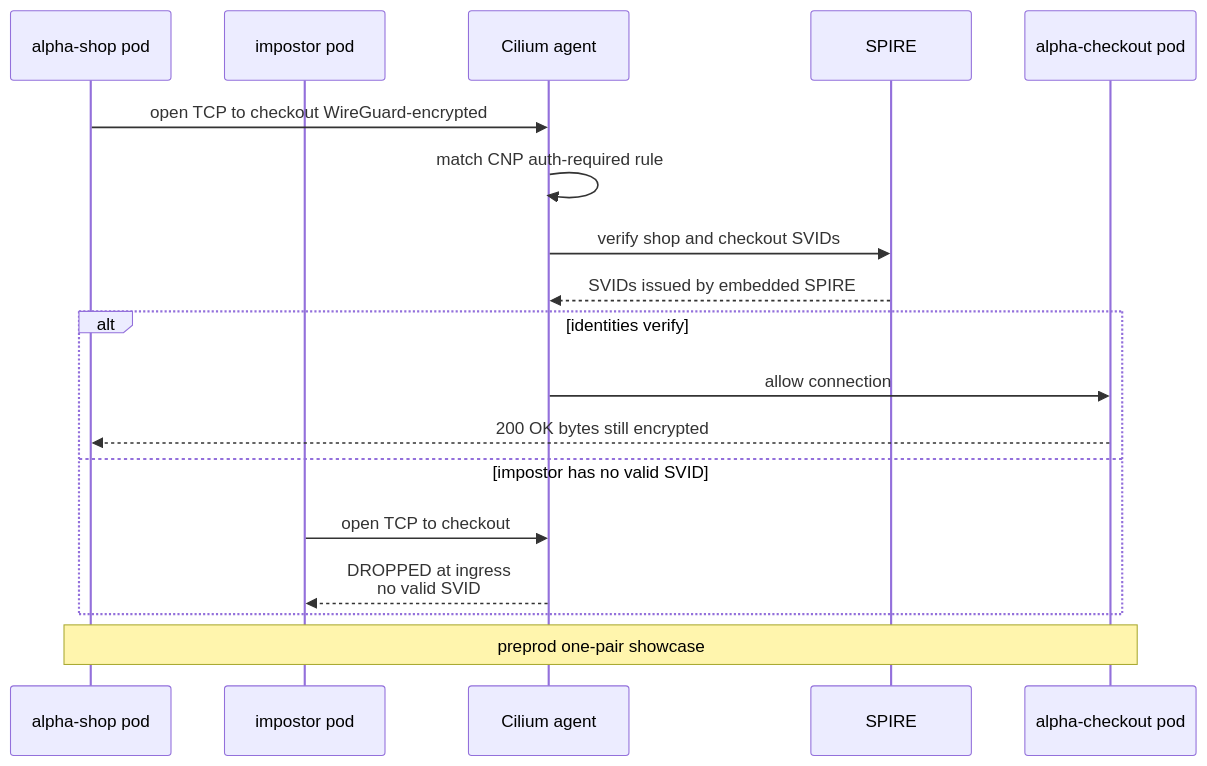
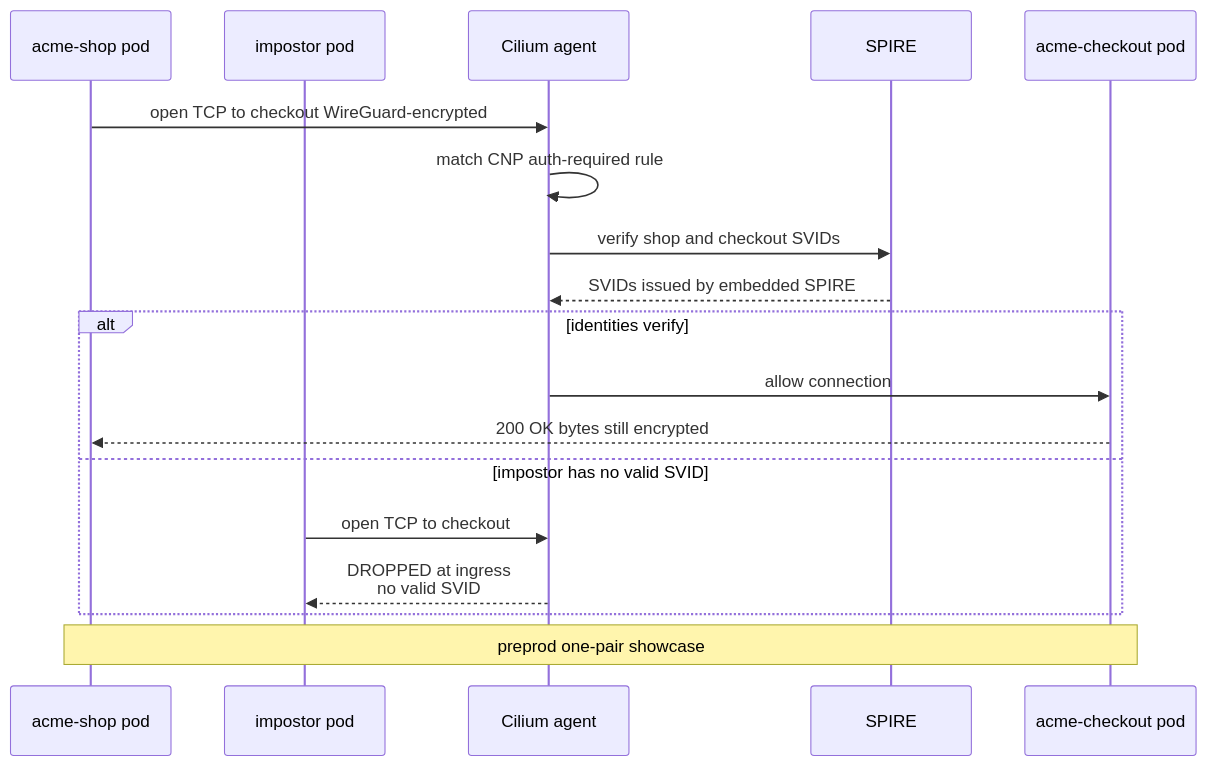
Before and after one commit to asanexample/platform: the diagram in docs/learn/runtime-security/deep-dive-east-west-zero-trust.md, drawn with Mermaid. The commit also changed other lines of this file and 101 other files, not shown here.

First line of the commit message:
docs(learn): coherence + human-voice rewrite + Claude-designed diagrams

````diff
--- a/docs/learn/runtime-security/deep-dive-east-west-zero-trust.md
+++ b/docs/learn/runtime-security/deep-dive-east-west-zero-trust.md
@@ -165,20 +161,20 @@
 ```mermaid
 sequenceDiagram
-    participant Shop as alpha-shop pod
+    participant Shop as acme-shop pod
     participant Imp as impostor pod
     participant Cil as Cilium agent
     participant SP as SPIRE
-    participant Chk as alpha-checkout pod
+    participant Chk as acme-checkout pod
     Shop->>Cil: open TCP to checkout WireGuard-encrypted
     Cil->>Cil: match CNP auth-required rule
     Cil->>SP: verify shop and checkout SVIDs
     SP-->>Cil: SVIDs issued by embedded SPIRE
     alt identities verify
         Cil->>Chk: allow connection
         Chk-->>Shop: 200 OK bytes still encrypted
     else impostor has no valid SVID
         Imp->>Cil: open TCP to checkout
         Cil-->>Imp: DROPPED at ingress<br/>no valid SVID
     end
     Note over Shop,Chk: preprod one-pair showcase
 ```
````
